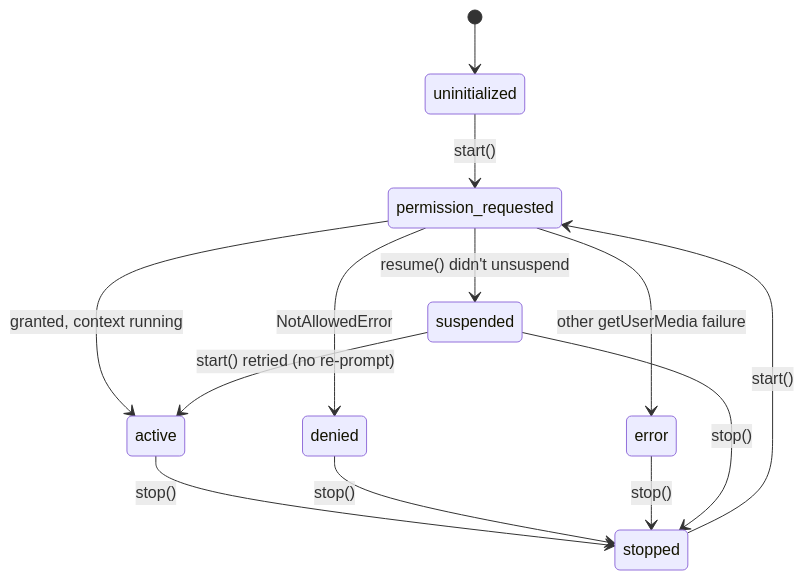
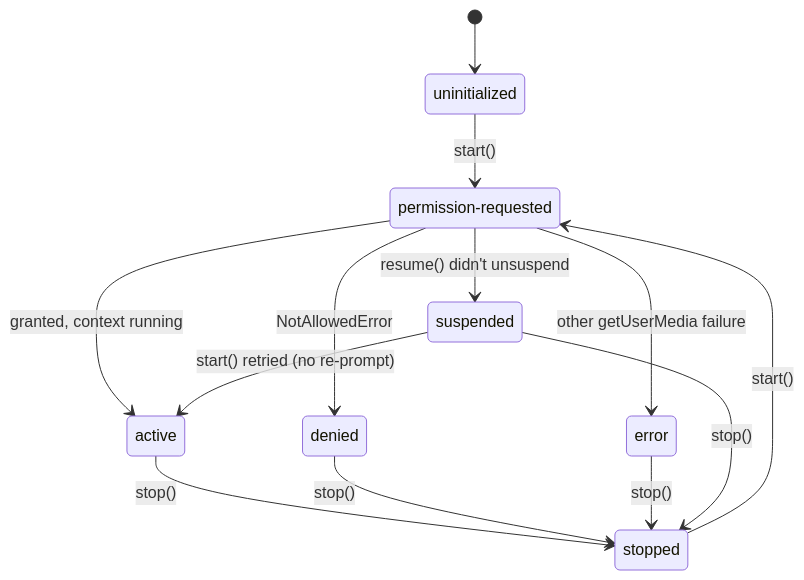
The second of 2 diagrams in docs/audio-capture.md (lvndrpup/voice-trainer), drawn with Mermaid before and after one commit. The commit also changed other lines of this file and 3 other files, not shown here.

````diff
--- a/docs/audio-capture.md
+++ b/docs/audio-capture.md
@@ -55,15 +62,16 @@
 ```mermaid
 stateDiagram-v2
+    state "permission-requested" as permission_requested
     [*] --> uninitialized
     uninitialized --> permission_requested: start()
     permission_requested --> active: granted, context running
     permission_requested --> denied: NotAllowedError
     permission_requested --> error: other getUserMedia failure
     permission_requested --> suspended: resume() didn't unsuspend
     suspended --> active: start() retried (no re-prompt)
     active --> stopped: stop()
     denied --> stopped: stop()
     error --> stopped: stop()
     suspended --> stopped: stop()
     stopped --> permission_requested: start()
 ```
````
